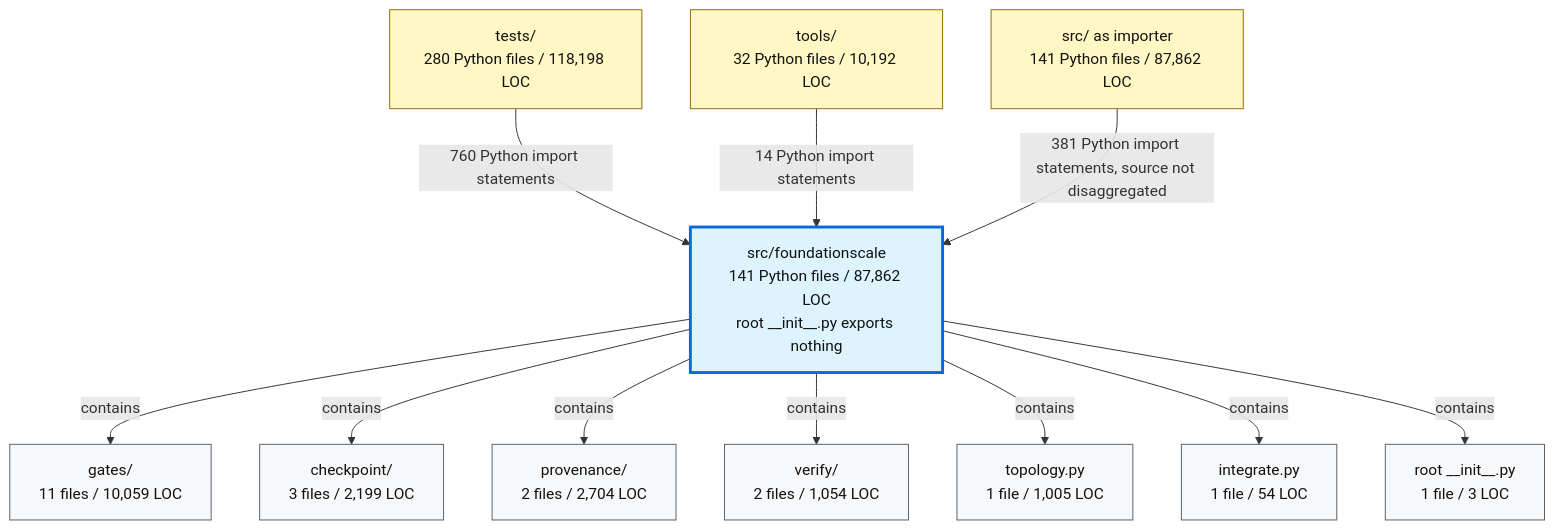
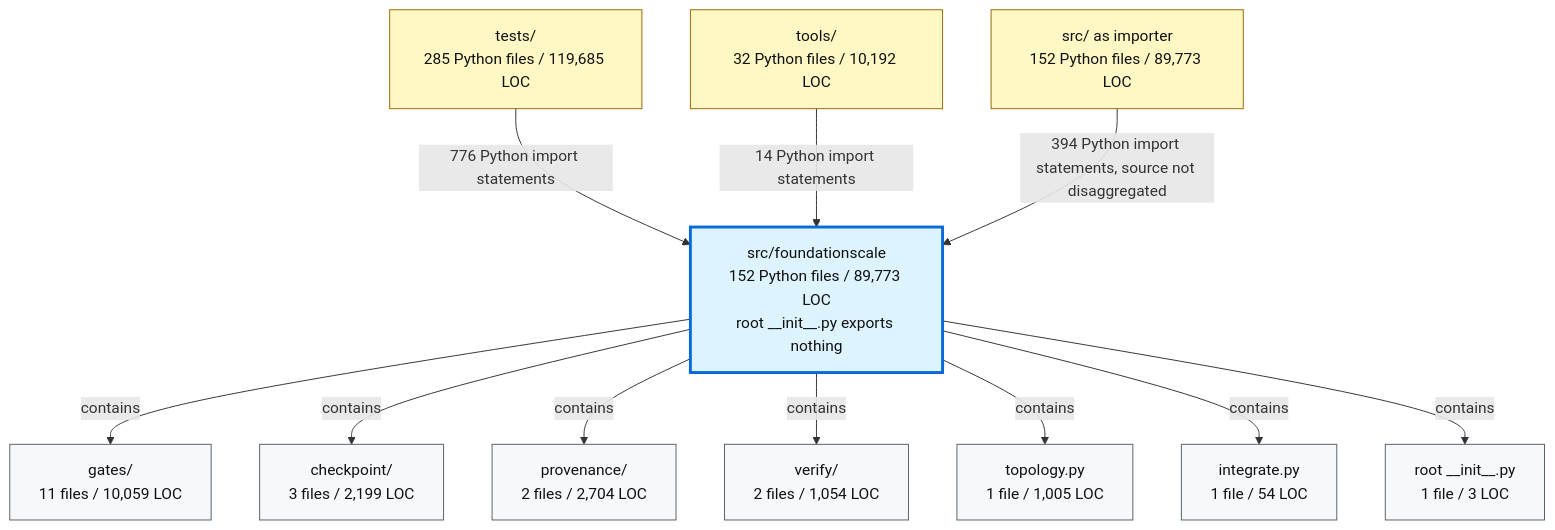
Before and after one commit to TranNhiem/FoundationScale: the second of 2 diagrams in docs/review/D2_current_architecture.md, drawn with Mermaid. The commit also changed other lines of this file and 10 other files, not shown here.

````diff
--- a/docs/review/D2_current_architecture.md
+++ b/docs/review/D2_current_architecture.md
@@ -97,36 +97,36 @@
 ```mermaid
 flowchart TB
-  TESTS["tests/<br/>280 Python files / 118,198 LOC"]
+  TESTS["tests/<br/>285 Python files / 119,685 LOC"]
   TOOLS["tools/<br/>32 Python files / 10,192 LOC"]
-  SRC["src/ as importer<br/>141 Python files / 87,862 LOC"]
+  SRC["src/ as importer<br/>152 Python files / 89,773 LOC"]
 
-  FS["src/foundationscale<br/>141 Python files / 87,862 LOC<br/>root __init__.py exports nothing"]
+  FS["src/foundationscale<br/>152 Python files / 89,773 LOC<br/>root __init__.py exports nothing"]
 
   GATES["gates/<br/>11 files / 10,059 LOC"]
   CKPT["checkpoint/<br/>3 files / 2,199 LOC"]
   PROV["provenance/<br/>2 files / 2,704 LOC"]
   VERIFY["verify/<br/>2 files / 1,054 LOC"]
   TOPO["topology.py<br/>1 file / 1,005 LOC"]
   INTEG["integrate.py<br/>1 file / 54 LOC"]
   ROOT["root __init__.py<br/>1 file / 3 LOC"]
 
-  TESTS -->|"760 Python import statements"| FS
+  TESTS -->|"776 Python import statements"| FS
   TOOLS -->|"14 Python import statements"| FS
-  SRC -->|"381 Python import statements, source not disaggregated"| FS
+  SRC -->|"394 Python import statements, source not disaggregated"| FS
 
   FS -->|"contains"| GATES
   FS -->|"contains"| CKPT
   FS -->|"contains"| PROV
   FS -->|"contains"| VERIFY
   FS -->|"contains"| TOPO
   FS -->|"contains"| INTEG
   FS -->|"contains"| ROOT
 
   classDef consumer fill:#fff8c5,stroke:#9a6700,color:#111;
   classDef package fill:#ddf4ff,stroke:#0969da,stroke-width:3px,color:#111;
   classDef module fill:#f6f8fa,stroke:#57606a,color:#111;
 
   class TESTS,TOOLS,SRC consumer;
   class FS package;
   class GATES,CKPT,PROV,VERIFY,TOPO,INTEG,ROOT module;
 ```
````
